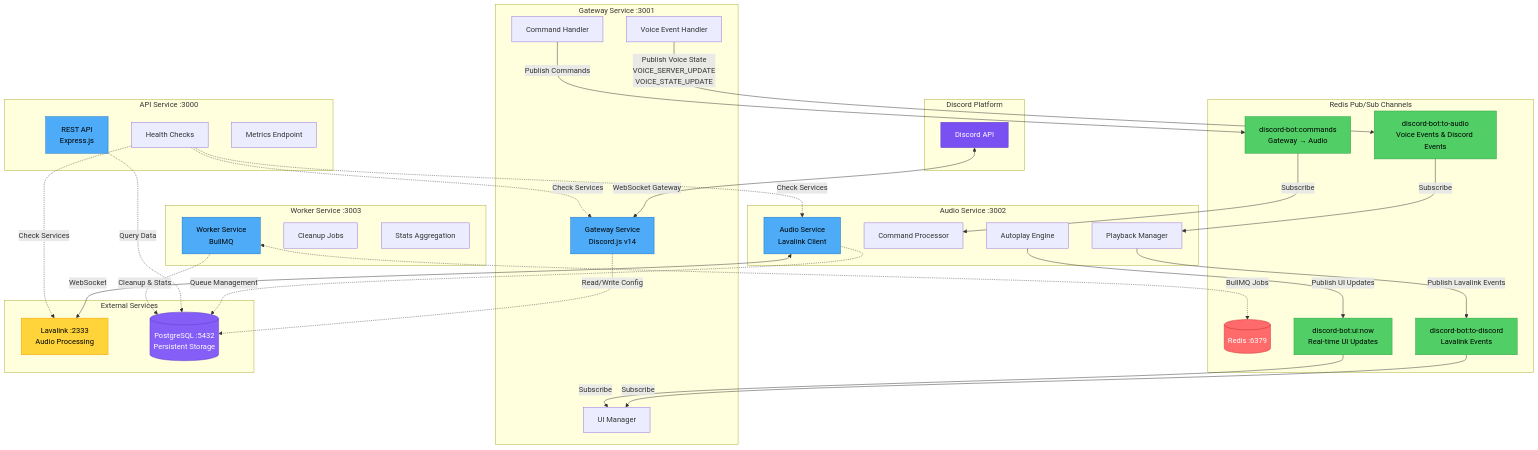
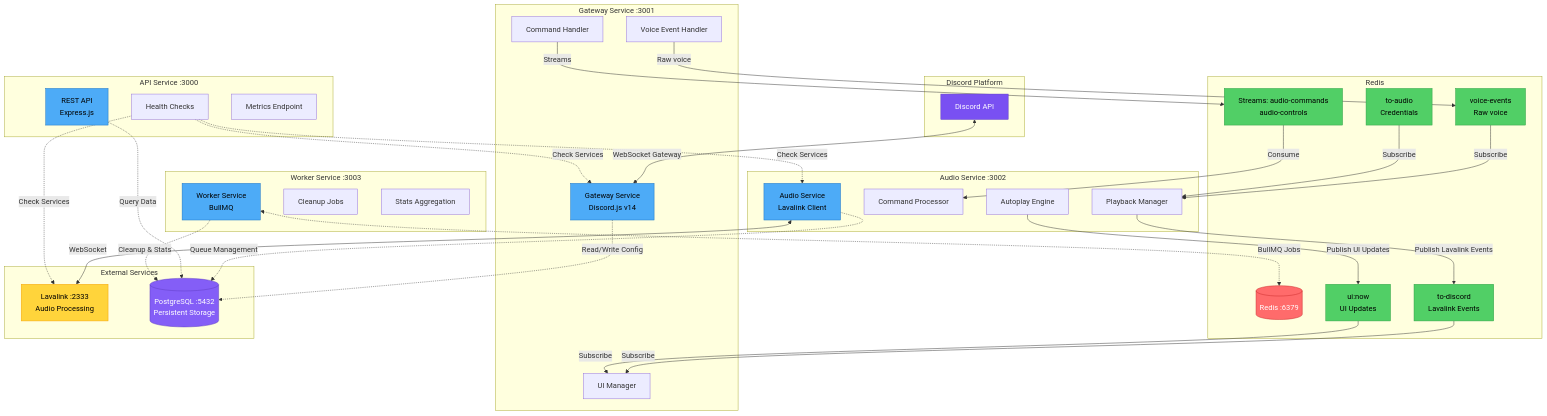
The diagram in docs/architecture/diagrams/service-communication.md (Lucascis/discord_bot), drawn with Mermaid before and after one commit. The commit also changed other lines of this file and 135 other files, not shown here.

First line of the commit message:
Stabilize platform modules and remove commercial plan flows

```diff
--- a/docs/architecture/diagrams/service-communication.md
+++ b/docs/architecture/diagrams/service-communication.md
@@ -37,12 +37,13 @@
         WORKER_STATS[Stats Aggregation]
     end
 
-    subgraph "Redis Pub/Sub Channels"
+    subgraph "Redis"
         REDIS[(Redis :6379)]
-        CH_CMD[discord-bot:commands<br/>Gateway → Audio]
-        CH_TO_AUDIO[discord-bot:to-audio<br/>Voice Events & Discord Events]
-        CH_TO_DISCORD[discord-bot:to-discord<br/>Lavalink Events]
-        CH_UI_NOW[discord-bot:ui:now<br/>Real-time UI Updates]
+        STREAMS[Streams: audio-commands<br/>audio-controls]
+        CH_VOICE[voice-events<br/>Raw voice]
+        CH_TO_AUDIO[to-audio<br/>Credentials]
+        CH_TO_DISCORD[to-discord<br/>Lavalink Events]
+        CH_UI_NOW[ui:now<br/>UI Updates]
     end
 
     subgraph "External Services"
@@ -53,14 +54,15 @@
     %% Discord connections
     Discord <-->|WebSocket Gateway| GW
 
-    %% Gateway to Redis channels
-    GW_CMD -->|Publish Commands| CH_CMD
-    GW_VOICE -->|Publish Voice State<br/>VOICE_SERVER_UPDATE<br/>VOICE_STATE_UPDATE| CH_TO_AUDIO
+    %% Gateway to Redis
+    GW_CMD -->|Streams| STREAMS
+    GW_VOICE -->|Raw voice| CH_VOICE
     CH_TO_DISCORD -->|Subscribe| GW_UI
     CH_UI_NOW -->|Subscribe| GW_UI
 
-    %% Audio to Redis channels
-    CH_CMD -->|Subscribe| AUDIO_CMD
+    %% Audio to Redis
+    STREAMS -->|Consume| AUDIO_CMD
+    CH_VOICE -->|Subscribe| AUDIO_PLAY
     CH_TO_AUDIO -->|Subscribe| AUDIO_PLAY
     AUDIO_PLAY -->|Publish Lavalink Events| CH_TO_DISCORD
     AUDIO_AUTO -->|Publish UI Updates| CH_UI_NOW
@@ -83,7 +85,8 @@
     API_HEALTH -.->|Check Services| LAVALINK
 
     style REDIS fill:#ff6b6b,stroke:#c92a2a,color:#fff
-    style CH_CMD fill:#51cf66,stroke:#2f9e44,color:#000
+    style STREAMS fill:#51cf66,stroke:#2f9e44,color:#000
+    style CH_VOICE fill:#51cf66,stroke:#2f9e44,color:#000
     style CH_TO_AUDIO fill:#51cf66,stroke:#2f9e44,color:#000
     style CH_TO_DISCORD fill:#51cf66,stroke:#2f9e44,color:#000
     style CH_UI_NOW fill:#51cf66,stroke:#2f9e44,color:#000
```
